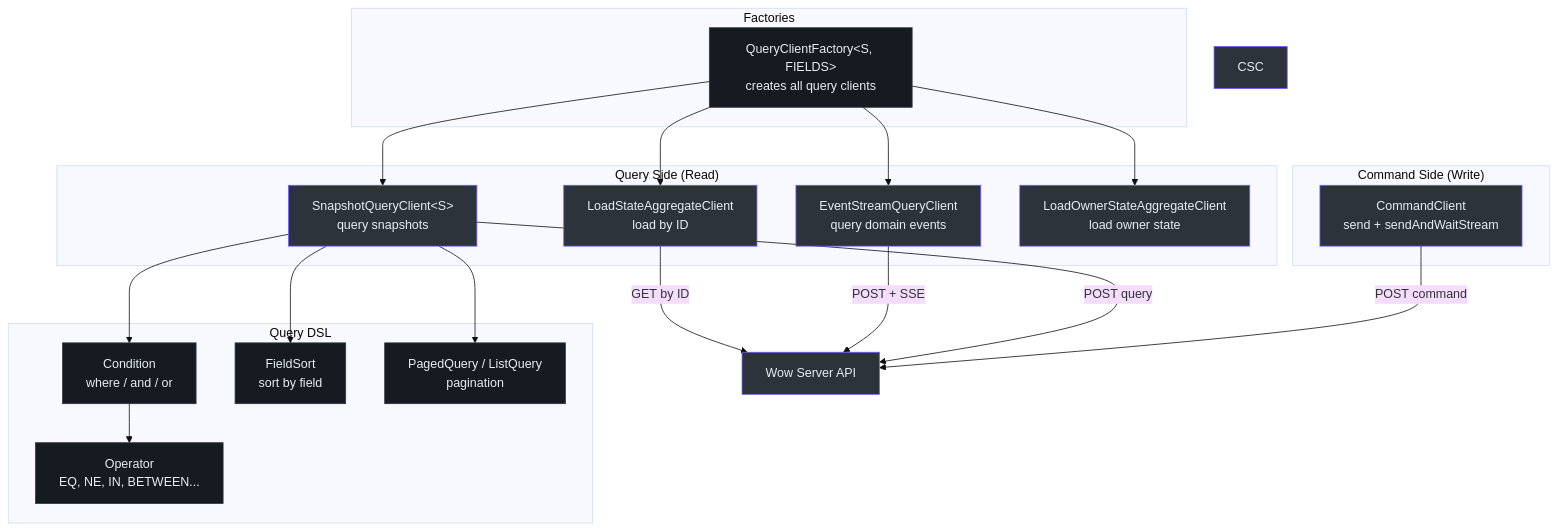
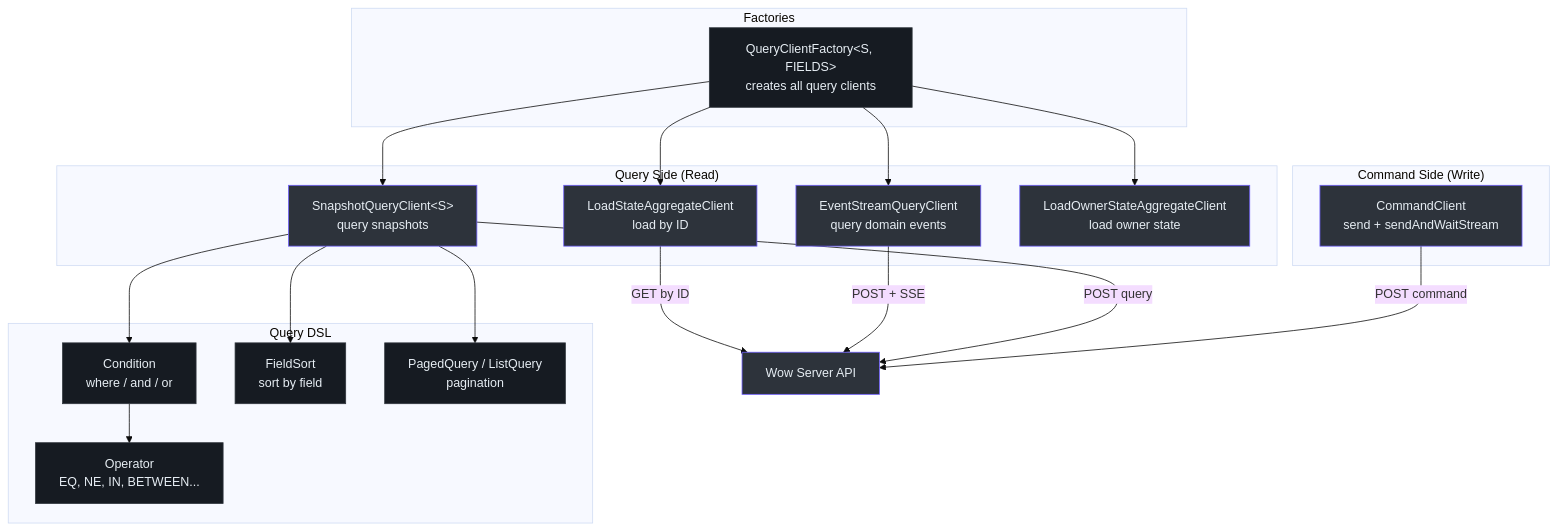
One commit to Ahoo-Wang/fetcher changed the first of 4 diagrams in wiki/packages/wow.md. Above: the diagram before and after it, drawn with Mermaid (base theme). The commit also changed other lines of this file and 23 other files, not shown here.

````diff
--- a/wiki/packages/wow.md
+++ b/wiki/packages/wow.md
@@ -18,52 +18,51 @@
 ```mermaid
 graph TB
     subgraph sg_1 ["Command Side (Write)"]
         CC["CommandClient<br>send + sendAndWaitStream"]
     end
 
     subgraph sg_2 ["Query Side (Read)"]
         SQC["SnapshotQueryClient&lt;S&gt;<br>query snapshots"]
         ESQC["EventStreamQueryClient<br>query domain events"]
         LSAC["LoadStateAggregateClient<br>load by ID"]
         LOSAC["LoadOwnerStateAggregateClient<br>load owner state"]
     end
 
     subgraph sg_3 ["Query DSL"]
         COND["Condition<br>where / and / or"]
         SORT["FieldSort<br>sort by field"]
         PAGE["PagedQuery / ListQuery<br>pagination"]
         OP["Operator<br>EQ, NE, IN, BETWEEN..."]
     end
 
     subgraph sg_4 ["Factories"]
         QCF["QueryClientFactory&lt;S, FIELDS&gt;<br>creates all query clients"]
     end
 
     QCF --> SQC
     QCF --> ESQC
     QCF --> LSAC
     QCF --> LOSAC
 
     CC --> |"POST command"| API["Wow Server API"]
     SQC --> |"POST query"| API
     ESQC --> |"POST + SSE"| API
     LSAC --> |"GET by ID"| API
 
     SQC --> COND
     SQC --> SORT
     SQC --> PAGE
     COND --> OP
 
     style CC fill:#2d333b,stroke:#6d5dfc,color:#e6edf3
-    style CSC fill:#2d333b,stroke:#6d5dfc,color:#e6edf3
     style SQC fill:#2d333b,stroke:#6d5dfc,color:#e6edf3
     style ESQC fill:#2d333b,stroke:#6d5dfc,color:#e6edf3
     style LSAC fill:#2d333b,stroke:#6d5dfc,color:#e6edf3
     style LOSAC fill:#2d333b,stroke:#6d5dfc,color:#e6edf3
     style QCF fill:#161b22,stroke:#30363d,color:#e6edf3
     style COND fill:#161b22,stroke:#30363d,color:#e6edf3
     style SORT fill:#161b22,stroke:#30363d,color:#e6edf3
     style PAGE fill:#161b22,stroke:#30363d,color:#e6edf3
     style OP fill:#161b22,stroke:#30363d,color:#e6edf3
     style API fill:#2d333b,stroke:#6d5dfc,color:#e6edf3
 ```
````
